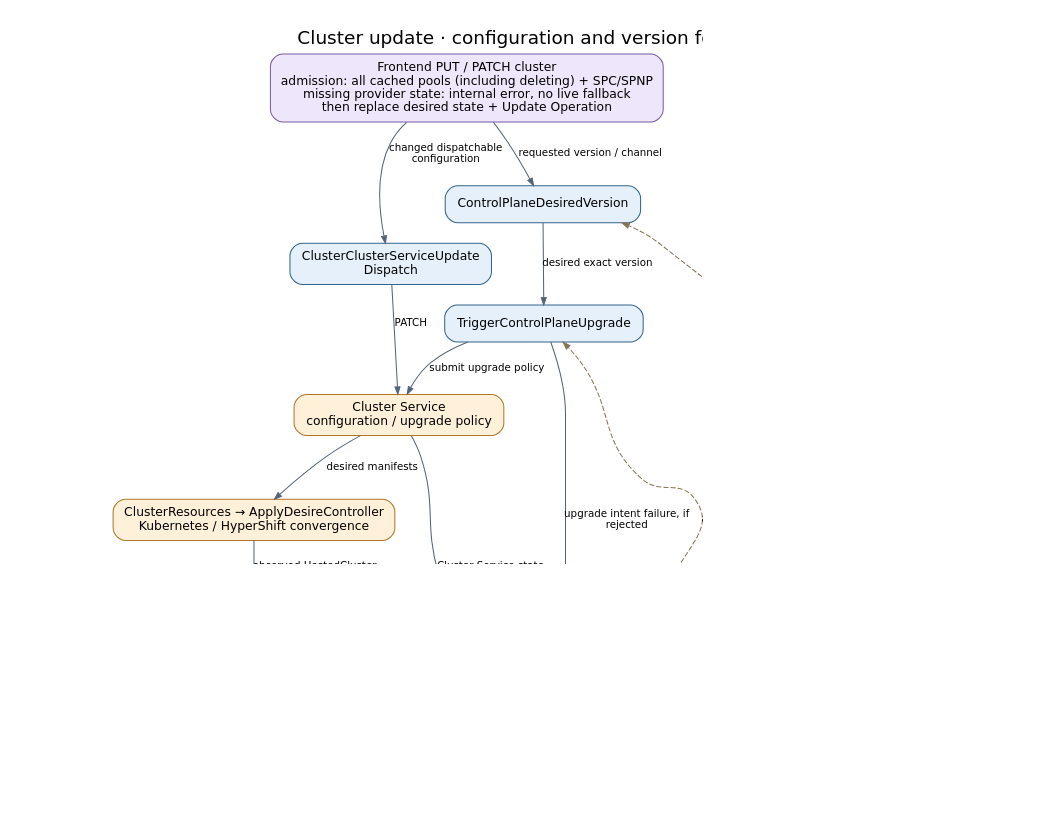
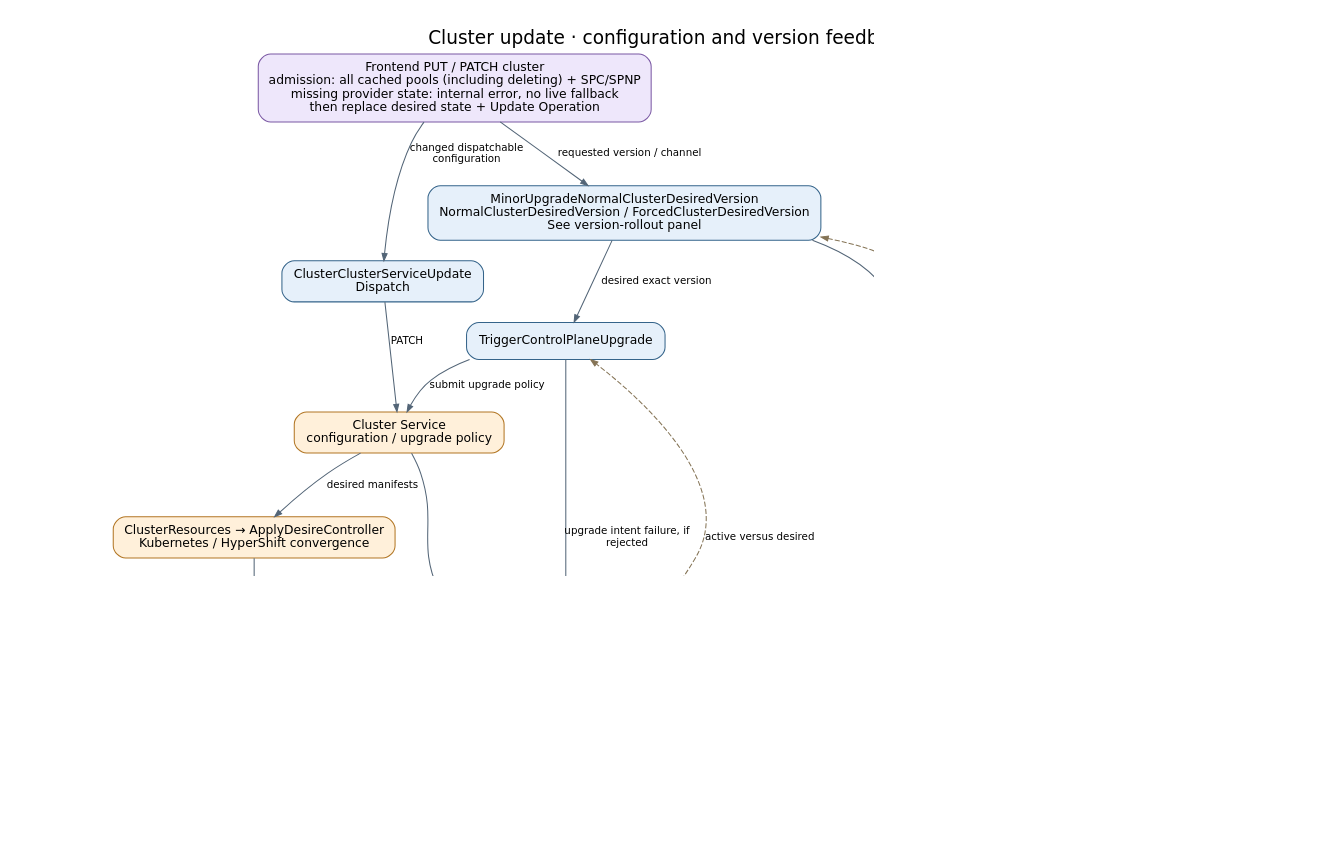
The diagram in docs/diagrams/controller-flows/cluster-update.dot (Azure/ARO-HCP), drawn with Graphviz before and after one commit. The commit also changed 30 other files, not shown here.

First line of the commit message:
feat(backend): assign channel best for initial and minor versions

```diff
--- a/docs/diagrams/controller-flows/cluster-update.dot
+++ b/docs/diagrams/controller-flows/cluster-update.dot
@@ -1,34 +1,35 @@
 digraph cluster_update {
   graph [rankdir=TB, bgcolor="white", pad="0.3", nodesep="0.4", ranksep="0.55", fontname="DejaVu Sans", fontsize=18, labelloc=t, label="Cluster update · configuration and version feedback", dpi=110];
   node [shape=box, style="rounded,filled", fillcolor="#e6f0fa", color="#35648a", fontname="DejaVu Sans", fontsize=12, margin="0.16,0.10"];
   edge [color="#536577", fontname="DejaVu Sans", fontsize=10, arrowsize=0.7];
   put [label="Frontend PUT / PATCH cluster\nadmission: all cached pools (including deleting) + SPC/SPNP\nmissing provider state: internal error, no live fallback\nthen replace desired state + Update Operation", fillcolor="#eee7fb", color="#7b59a4"];
   dispatch [label="ClusterClusterServiceUpdate\nDispatch", fillcolor="#e6f0fa", color="#35648a"];
-  desired [label="ControlPlaneDesiredVersion", fillcolor="#e6f0fa", color="#35648a"];
+  desired [label="MinorUpgradeNormalClusterDesiredVersion\nNormalClusterDesiredVersion / ForcedClusterDesiredVersion\nSee version-rollout panel", fillcolor="#e6f0fa", color="#35648a"];
   upgrade [label="TriggerControlPlaneUpgrade", fillcolor="#e6f0fa", color="#35648a"];
   cs [label="Cluster Service\nconfiguration / upgrade policy", fillcolor="#fff0da", color="#b27624"];
   kube [label="ClusterResources → ApplyDesireController\nKubernetes / HyperShift convergence", fillcolor="#fff0da", color="#b27624"];
   mirror [label="ReadDesireKubernetesController", fillcolor="#e6f0fa", color="#35648a"];
   active [label="ControlPlaneActiveVersions", fillcolor="#e6f0fa", color="#35648a"];
   validation [label="Cluster validation controllers\nServiceProviderCluster.Status.Validations", fillcolor="#e6f0fa", color="#35648a"];
   op [label="OperationClusterUpdate", fillcolor="#e6f0fa", color="#35648a"];
   done [label="ARM terminal operation state\nSucceeded or Failed", fillcolor="#e4f2e5", color="#4c8053"];
   put -> dispatch [label="changed dispatchable\nconfiguration"];
   put -> desired [label="requested version / channel"];
   desired -> upgrade [label="desired exact version"];
+  desired -> op [label="resolved major.minor\nversus requested version"];
   dispatch -> cs [label="PATCH"];
   upgrade -> cs [label="submit upgrade policy"];
   cs -> kube [label="desired manifests"];
   kube -> mirror [label="observed HostedCluster"];
   mirror -> active [label="version history"];
   cs -> op [label="Cluster Service state"];
   mirror -> op [label="observed readiness / version"];
   upgrade -> op [label="upgrade intent failure, if\nrejected"];
   validation -> op [label="False: Provisioning + InvalidResource;\nfailure and operation each >= 5m: Failed;\nall True: ready"];
   op -> done [label="completion or failure checks"];
   observed [label="Customer resource Status.ActiveVersions\nmajor.minor versions", fillcolor="#e4f2e5", color="#4c8053"];
   active -> observed [label="separate Cosmos replace"];
   active -> upgrade [label="active versus desired", style=dashed, color="#857456", constraint=false];
-  active -> desired [label="observed versions constrain\nnext selection", style=dashed, color="#857456", constraint=false];
+  active -> desired [label="completed history + ages\nfeed rollout decisions", style=dashed, color="#857456", constraint=false];
   op -> op [label="still progressing: poll again", style=dashed, color="#857456", constraint=false];
 }
```
